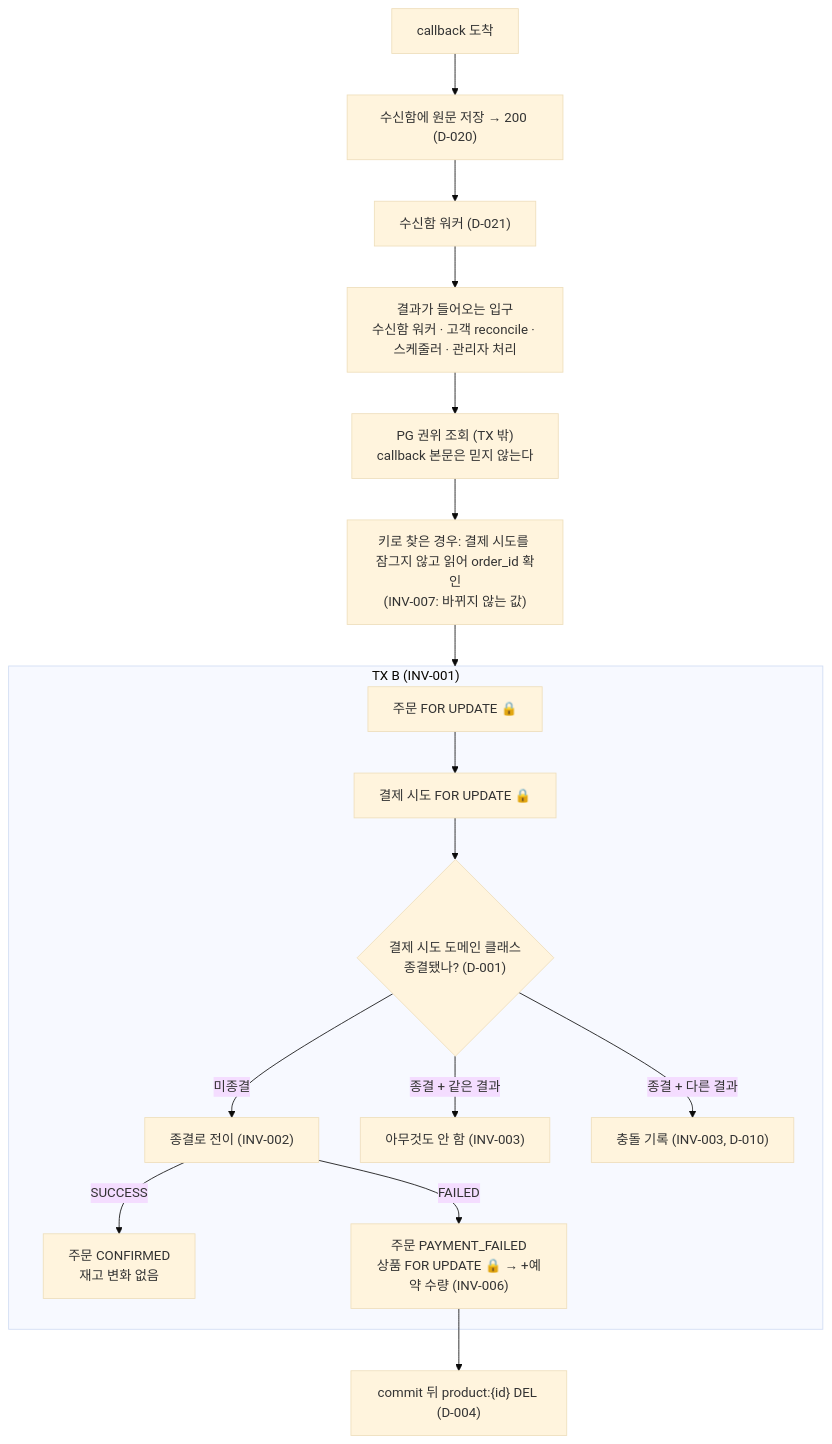
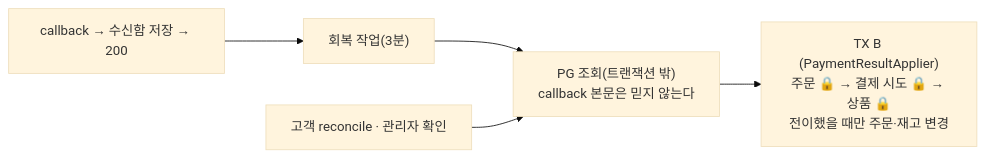
Before and after one commit to Ojt-LoopDev/loop-pack-be-l2-vol5-java: the second of 2 diagrams in docs/week5/design.md, drawn with Mermaid (base theme). The commit also changed other lines of this file and 10 other files, not shown here.

````diff
--- a/docs/week5/design.md
+++ b/docs/week5/design.md
@@ -94,19 +63,7 @@
 ```mermaid
-flowchart TD
-    CB["callback 도착"] --> INBOX["수신함에 원문 저장 → 200 (D-020)"]
-    INBOX --> W["수신함 워커 (D-021)"]
-    W --> IN
-    IN["결과가 들어오는 입구<br/>수신함 워커 · 고객 reconcile · 스케줄러 · 관리자 처리"] --> LK["PG 권위 조회 (TX 밖)<br/>callback 본문은 믿지 않는다"]
-    LK --> PEEK["키로 찾은 경우: 결제 시도를 잠그지 않고 읽어 order_id 확인<br/>(INV-007: 바뀌지 않는 값)"]
-    PEEK --> TXB
-    subgraph TXB["TX B (INV-001)"]
-        L1["주문 FOR UPDATE 🔒"] --> L2["결제 시도 FOR UPDATE 🔒"]
-        L2 --> CHK{"결제 시도 도메인 클래스<br/>종결됐나? (D-001)"}
-        CHK -->|"미종결"| TR["종결로 전이 (INV-002)"]
-        CHK -->|"종결 + 같은 결과"| NOOP["아무것도 안 함 (INV-003)"]
-        CHK -->|"종결 + 다른 결과"| CF["충돌 기록 (INV-003, D-010)"]
-        TR -->|"SUCCESS"| S["주문 CONFIRMED<br/>재고 변화 없음"]
-        TR -->|"FAILED"| FL["주문 PAYMENT_FAILED<br/>상품 FOR UPDATE 🔒 → +예약 수량 (INV-006)"]
-    end
-    FL --> CA["commit 뒤 product:{id} DEL (D-004)"]
+flowchart LR
+    CB["callback → 수신함 저장 → 200"] --> JOB["회복 작업(3분)"]
+    JOB --> LK
+    RC["고객 reconcile · 관리자 확인"] --> LK["PG 조회(트랜잭션 밖)<br/>callback 본문은 믿지 않는다"]
+    LK --> TXB["TX B (PaymentResultApplier)<br/>주문 🔒 → 결제 시도 🔒 → 상품 🔒<br/>전이했을 때만 주문·재고 변경"]
 ```
````
